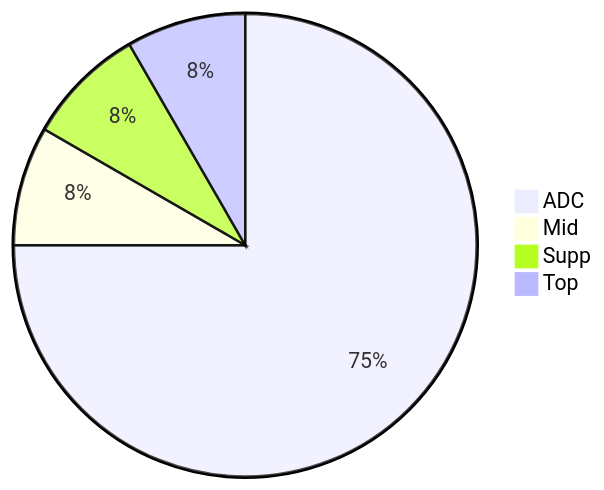
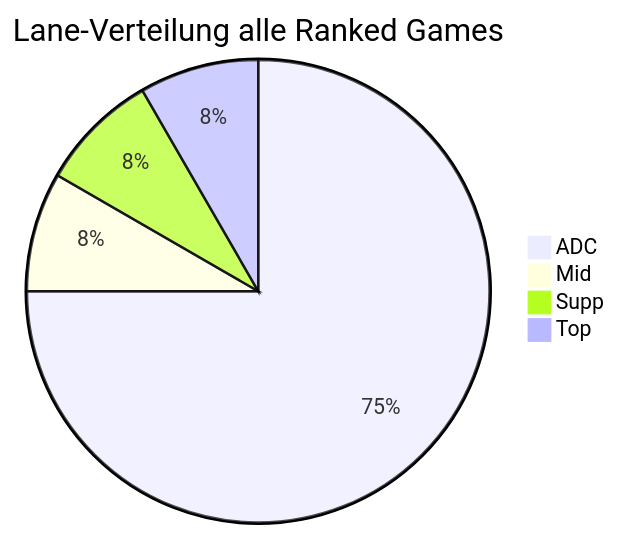
One commit to flowinho/zensical-website changed the first of 5 diagrams in docs/gaming/wild-rift.md. Above: the diagram before and after it, drawn with Mermaid. The commit also changed other lines of this file, not shown here.

````diff
--- a/docs/gaming/wild-rift.md
+++ b/docs/gaming/wild-rift.md
@@ -26,7 +26,8 @@
 ```mermaid
 pie 
+    title Lane-Verteilung alle Ranked Games
     "ADC" : 9
     "Mid" : 1
     "Supp" : 1
     "Top" : 1
 ```
````
